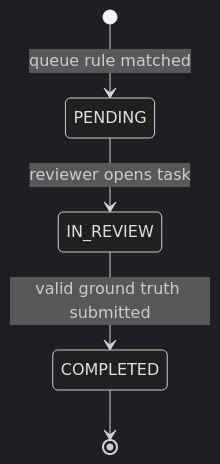
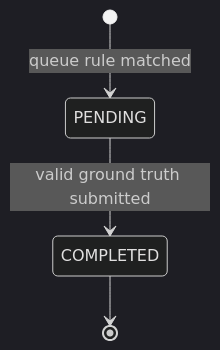
One commit to like-rich/VeriFact-Portfolio changed the second of 2 diagrams in docs/database-design.md. Above: the diagram before and after it, drawn with Mermaid (dark theme). The commit also changed other lines of this file and 7 other files, not shown here.

````diff
--- a/docs/database-design.md
+++ b/docs/database-design.md
@@ -100,7 +100,6 @@
 ```mermaid
 stateDiagram-v2
     [*] --> PENDING: queue rule matched
-    PENDING --> IN_REVIEW: reviewer opens task
-    IN_REVIEW --> COMPLETED: valid ground truth submitted
+    PENDING --> COMPLETED: valid ground truth submitted
     COMPLETED --> [*]
 ```
````
